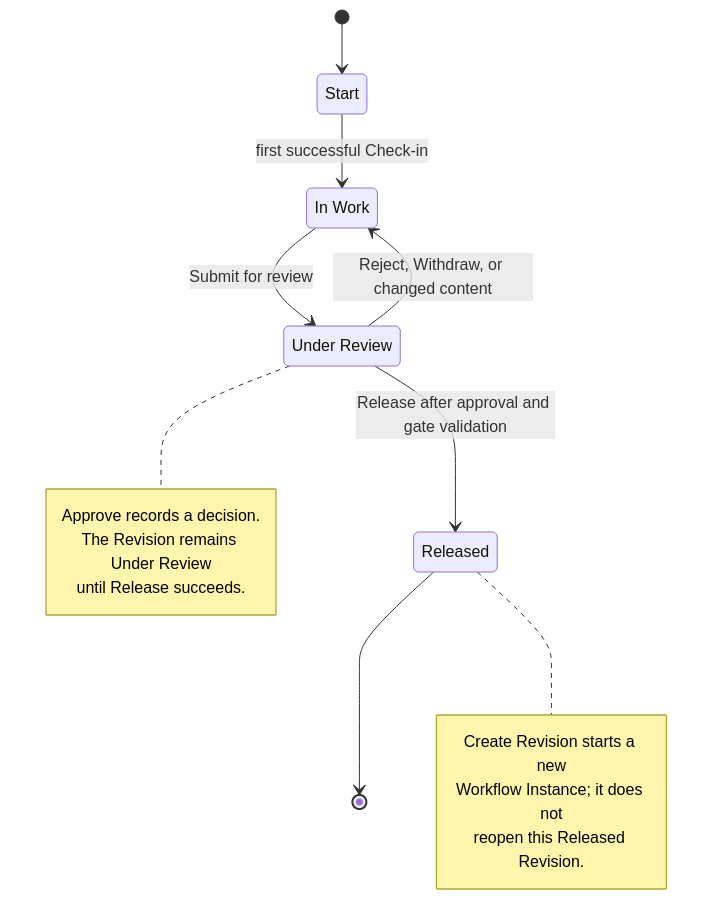
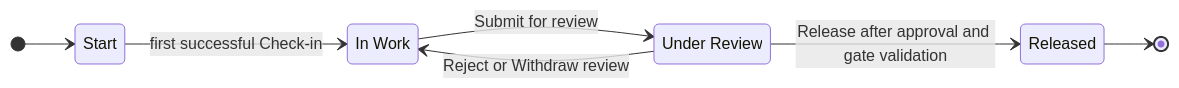
One commit to devphuclam/IDEAEngineering changed the seventh of 19 diagrams in docs/product/instances/idea-engineering/DOC-05-architecture-description.md. Above: the diagram before and after it, drawn with Mermaid. The commit also changed other lines of this file and 53 other files, not shown here.

Commit message:
docs: define IDEA architecture and controlled workflows

````diff
--- a/docs/product/instances/idea-engineering/DOC-05-architecture-description.md
+++ b/docs/product/instances/idea-engineering/DOC-05-architecture-description.md
@@ -304,22 +636,15 @@
 ```mermaid
 stateDiagram-v2
+    accTitle: Business Revision workflow state
+    accDescr: A first successful Check-in moves a Revision from Start to In Work. Submit moves it to Under Review. Reject or Withdraw returns it to In Work. Approval records a decision but the Revision remains Under Review until an eligible Release succeeds. Checkout never changes this workflow.
+    direction LR
+
     state "In Work" as InWork
     state "Under Review" as UnderReview
     [*] --> Start
     Start --> InWork: first successful Check-in
     InWork --> UnderReview: Submit for review
-    UnderReview --> InWork: Reject, Withdraw, or changed content
+    UnderReview --> InWork: Reject or Withdraw review
     UnderReview --> Released: Release after approval and gate validation
     Released --> [*]
-
-    note right of UnderReview
-      Approve records a decision.
-      The Revision remains Under Review
-      until Release succeeds.
-    end note
-    note right of Released
-      Create Revision starts a new
-      Workflow Instance; it does not
-      reopen this Released Revision.
-    end note
 ```
````
